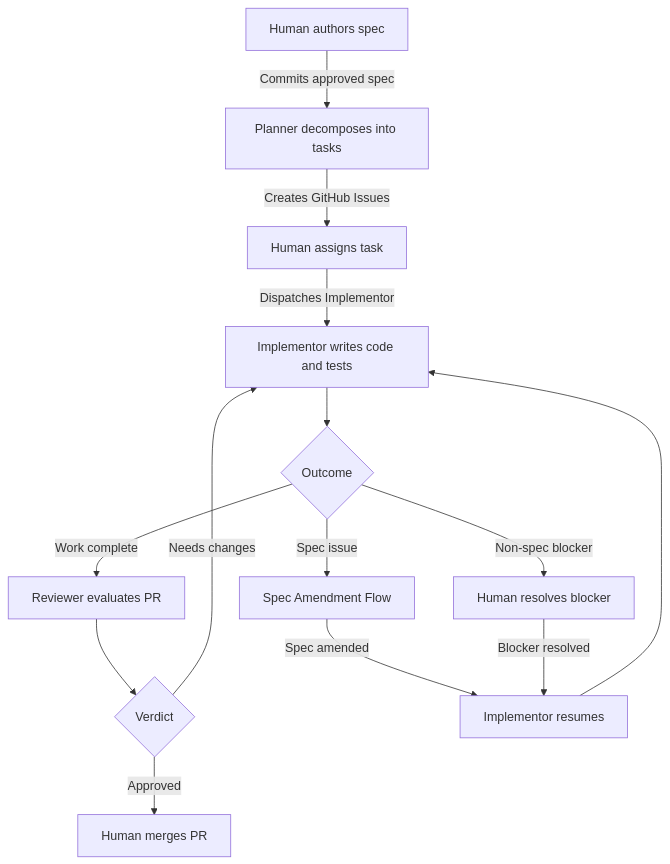
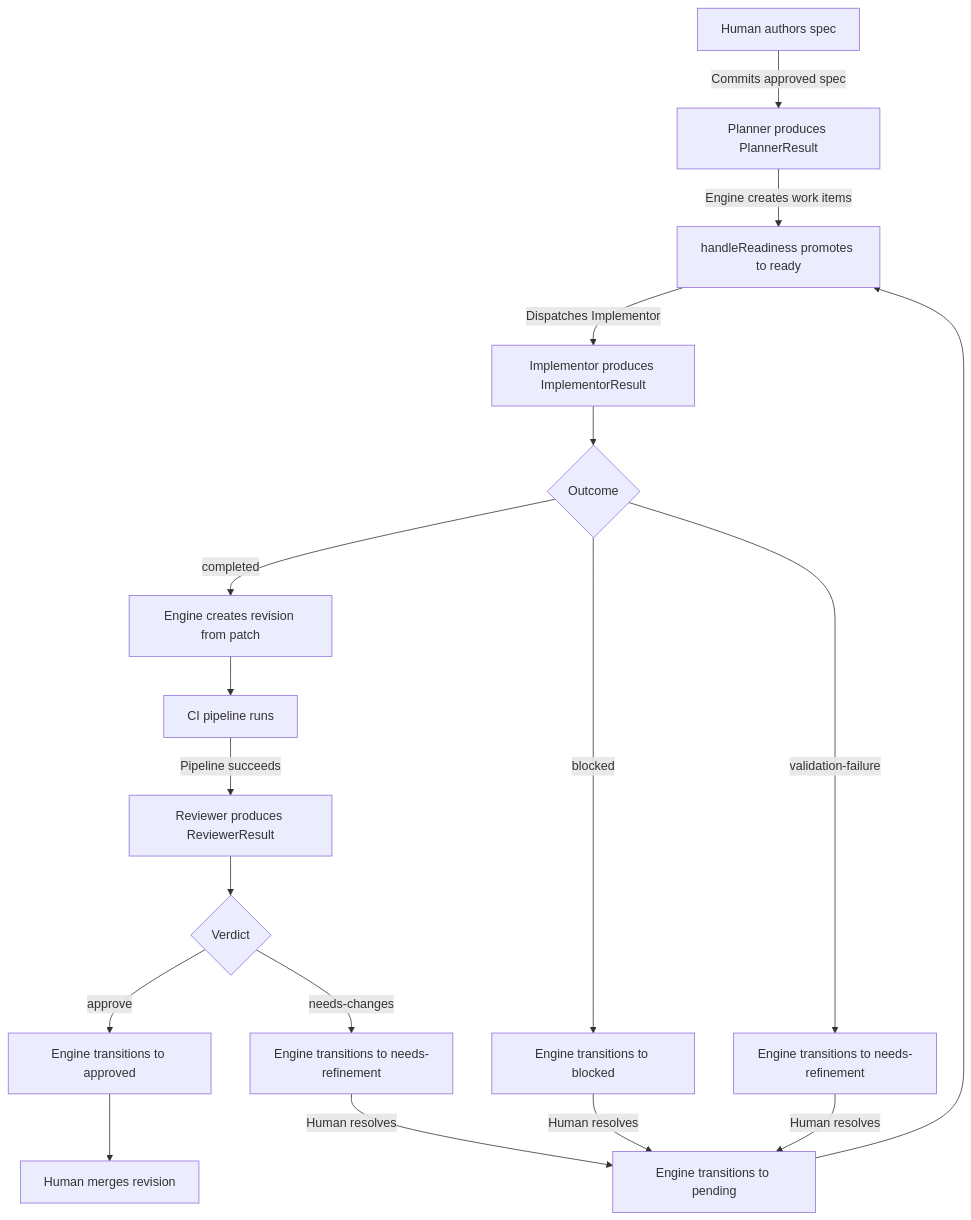
Before and after one commit to zgeoff/decree: the first of 3 diagrams in docs/specs/decree/workflow.md, drawn with Mermaid. The commit also changed other lines of this file, not shown here.

First line of the commit message:
docs(spec): rework workflow spec for v2 architecture (migration step 11a)

````diff
--- a/docs/specs/decree/workflow.md
+++ b/docs/specs/decree/workflow.md
@@ -127,16 +147,20 @@
 ```mermaid
 flowchart TD
-    Spec[Human authors spec] -->|Commits approved spec| Plan[Planner decomposes into tasks]
-    Plan -->|Creates GitHub Issues| Assign[Human assigns task]
-    Assign -->|Dispatches Implementor| Impl[Implementor writes code and tests]
+    Spec[Human authors spec] -->|Commits approved spec| Plan[Planner produces PlannerResult]
+    Plan -->|Engine creates work items| Ready[handleReadiness promotes to ready]
+    Ready -->|Dispatches Implementor| Impl[Implementor produces ImplementorResult]
     Impl --> Result{Outcome}
-    Result -->|Work complete| Review[Reviewer evaluates PR]
-    Result -->|Spec issue| NeedsRefinement[Spec Amendment Flow]
-    Result -->|Non-spec blocker| Blocked[Human resolves blocker]
+    Result -->|completed| RevCreate[Engine creates revision from patch]
+    RevCreate --> CI[CI pipeline runs]
+    CI -->|Pipeline succeeds| Review[Reviewer produces ReviewerResult]
+    Result -->|blocked| Blocked[Engine transitions to blocked]
+    Result -->|validation-failure| NeedsRef[Engine transitions to needs-refinement]
     Review --> Verdict{Verdict}
-    Verdict -->|Approved| Integrate[Human merges PR]
-    Verdict -->|Needs changes| Impl
-    NeedsRefinement -->|Spec amended| Unblocked[Implementor resumes]
-    Blocked -->|Blocker resolved| Unblocked
-    Unblocked --> Impl
+    Verdict -->|approve| Approved[Engine transitions to approved]
+    Verdict -->|needs-changes| NeedsRef2[Engine transitions to needs-refinement]
+    Approved --> Integrate[Human merges revision]
+    Blocked -->|Human resolves| Pending[Engine transitions to pending]
+    NeedsRef -->|Human resolves| Pending
+    NeedsRef2 -->|Human resolves| Pending
+    Pending --> Ready
 ```
````
